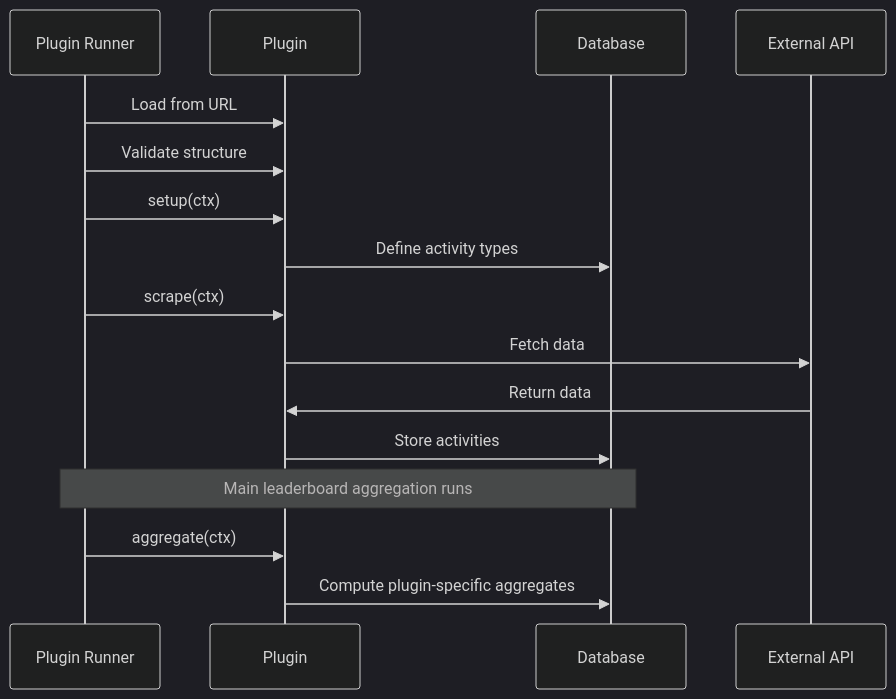
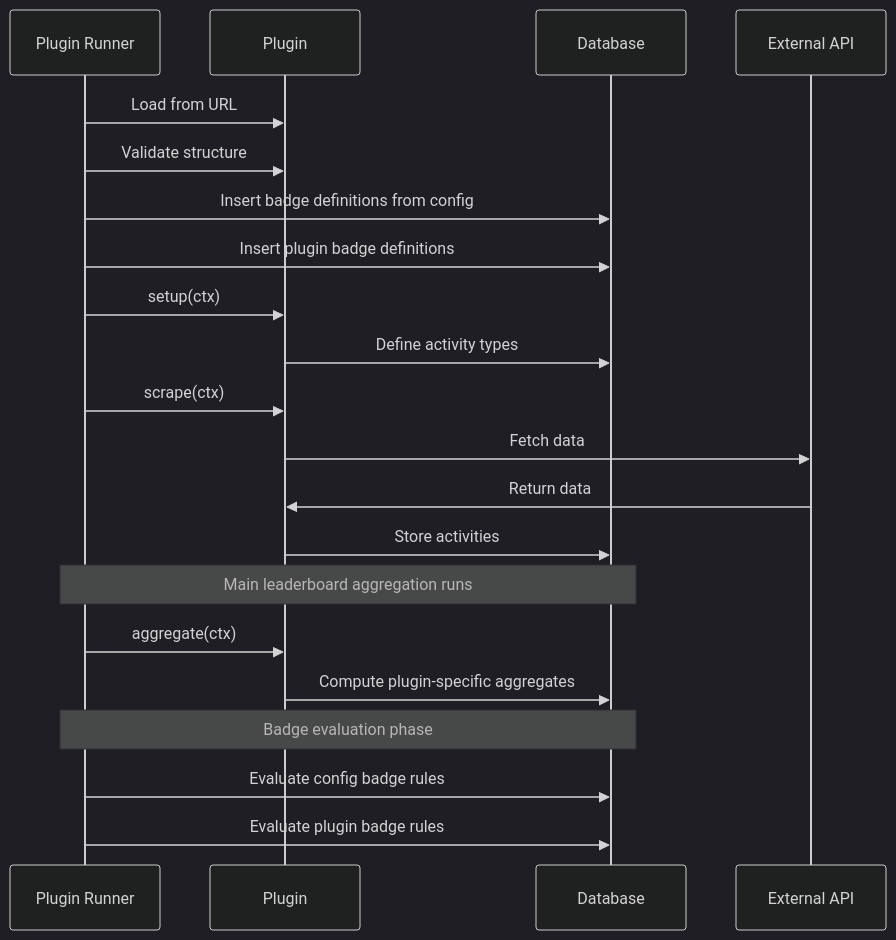
The diagram in docs/plugins/overview.mdx (ohcnetwork/leaderboard), drawn with Mermaid (dark theme) before and after one commit. The commit also changed other lines of this file and 27 other files, not shown here.

````diff
--- a/docs/plugins/overview.mdx
+++ b/docs/plugins/overview.mdx
@@ -30,19 +30,24 @@
 ```mermaid
 sequenceDiagram
     participant Runner as Plugin Runner
     participant Plugin as Plugin
     participant DB as Database
     participant API as External API
 
     Runner->>Plugin: Load from URL
     Runner->>Plugin: Validate structure
+    Runner->>DB: Insert badge definitions from config
+    Runner->>DB: Insert plugin badge definitions
     Runner->>Plugin: setup(ctx)
     Plugin->>DB: Define activity types
     Runner->>Plugin: scrape(ctx)
     Plugin->>API: Fetch data
     API->>Plugin: Return data
     Plugin->>DB: Store activities
     Note over Runner,DB: Main leaderboard aggregation runs
     Runner->>Plugin: aggregate(ctx)
     Plugin->>DB: Compute plugin-specific aggregates
+    Note over Runner,DB: Badge evaluation phase
+    Runner->>DB: Evaluate config badge rules
+    Runner->>DB: Evaluate plugin badge rules
 ```
````
